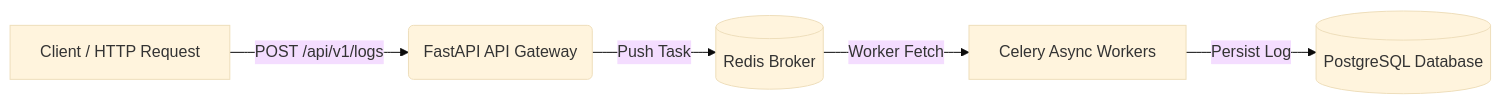
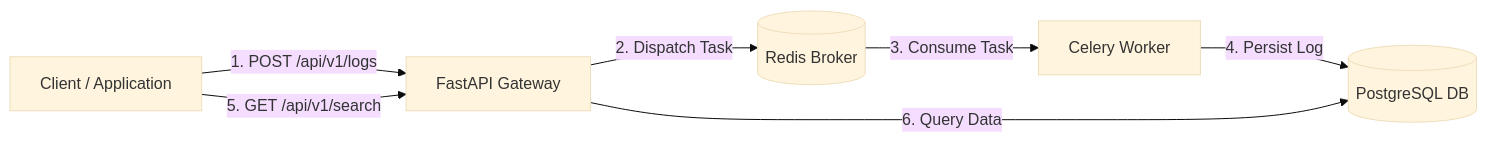
Before and after one commit to huzefaa-ai/log-engine: the diagram in README.md, drawn with Mermaid (base theme). The commit also changed other lines of this file, not shown here.

````diff
--- a/README.md
+++ b/README.md
@@ -7,7 +16,9 @@
 ```mermaid
 flowchart LR
-    A[Client / HTTP Request] -->|POST /api/v1/logs| B(FastAPI API Gateway)
-    B -->|Push Task| C[(Redis Broker)]
-    C -->|Worker Fetch| D[Celery Async Workers]
-    D -->|Persist Log| E[(PostgreSQL Database)]
+    Client[Client / Application] -->|1. POST /api/v1/logs| API[FastAPI Gateway]
+    API -->|2. Dispatch Task| Redis[(Redis Broker)]
+    Redis -->|3. Consume Task| Worker[Celery Worker]
+    Worker -->|4. Persist Log| DB[(PostgreSQL DB)]
+    Client -->|5. GET /api/v1/search| API
+    API -->|6. Query Data| DB
 ```
````
